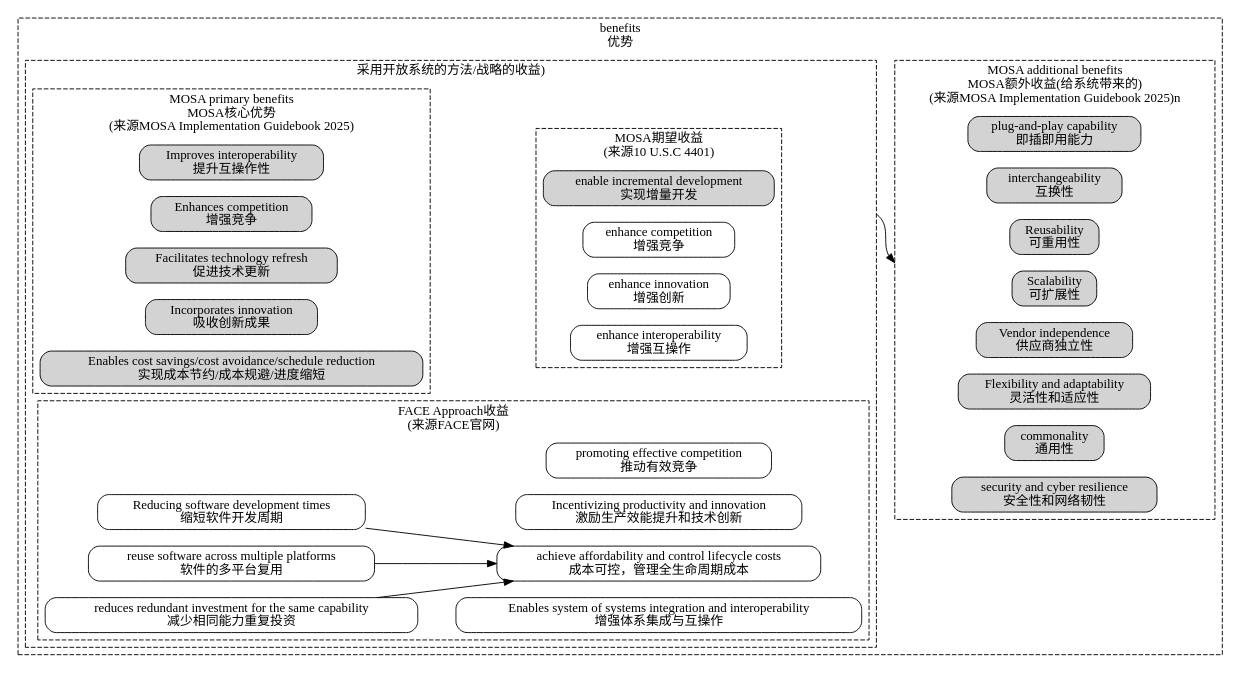
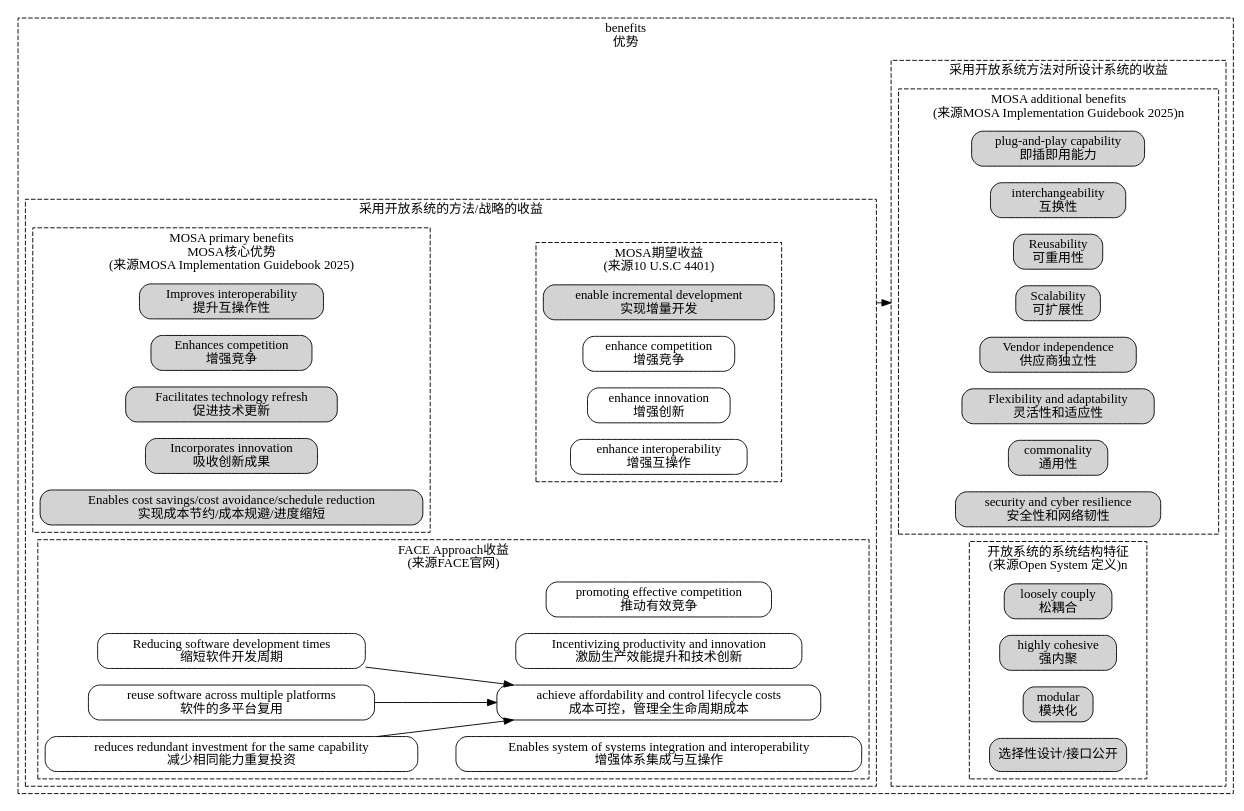
Before and after one commit to chaozhang2000/soa: the diagram in parts/soa_feature_benifits.dot, drawn with Graphviz. The commit also changed 2 other files, not shown here.

```diff
--- a/parts/soa_feature_benifits.dot
+++ b/parts/soa_feature_benifits.dot
@@ -1,60 +1,71 @@
 digraph G {
   graph [rankdir=LR,compound=true];
   node [shape=box, style="rounded,filled"];
 subgraph cluster_MOSA_benefits{
 	label="benefits\n优势"
 	style = dashed;
 subgraph cluster_MOSA_benefits1{
-	label="采用开放系统的方法/战略的收益)"
+	label="采用开放系统的方法/战略的收益"
 	style = dashed;
 	
 	subgraph cluster_MOSA_primary_benefits{
 	label="MOSA primary benefits\nMOSA核心优势\n(来源MOSA Implementation Guidebook 2025)"
 	style = dashed;
 	MOSA_Benefit1[label="Improves interoperability\n提升互操作性"]
 	MOSA_Benefit2[label="Enhances competition\n增强竞争"]
 	MOSA_Benefit3[label="Facilitates technology refresh\n促进技术更新"]
 	MOSA_Benefit4[label="Incorporates innovation\n吸收创新成果"]
 	MOSA_Benefit5[label="Enables cost savings/cost avoidance/schedule reduction\n实现成本节约/成本规避/进度缩短"]
 	}
 subgraph cluster_MOSA_benefits2{
 	label="MOSA期望收益\n(来源10 U.S.C 4401)"
 	style = dashed;
 	MOSA_Benefit14[label="enable incremental development\n实现增量开发"]
 	MOSA_Benefit15[label="enhance competition\n增强竞争",color=black,fillcolor=white]
 	MOSA_Benefit16[label="enhance innovation\n增强创新",color=black,fillcolor=white]
 	MOSA_Benefit17[label="enhance interoperability\n增强互操作",color=black,fillcolor=white]
 }
 subgraph cluster_FACE_benefits2{
 	label="FACE Approach收益\n(来源FACE官网)"
 	style = dashed;
 	FACE_Benefit0[label="promoting effective competition\n推动有效竞争",color=black,fillcolor=white]
 	FACE_Benefit1[label="achieve affordability and control lifecycle costs\n成本可控，管理全生命周期成本",color=black,fillcolor=white]
 	FACE_Benefit2[label="Incentivizing productivity and innovation\n激励生产效能提升和技术创新",color=black,fillcolor=white]
 	FACE_Benefit3[label="Reducing software development times\n缩短软件开发周期",color=black,fillcolor=white]
 	FACE_Benefit4[label="reuse software across multiple platforms\n软件的多平台复用",color=black,fillcolor=white]
 	FACE_Benefit5[label="reduces redundant investment for the same capability\n减少相同能力重复投资",color=black,fillcolor=white]
 	FACE_Benefit6[label="Enables system of systems integration and interoperability\n增强体系集成与互操作",color=black,fillcolor=white]
 	{rank=same;FACE_Benefit1;FACE_Benefit2;FACE_Benefit6;FACE_Benefit0}
 	FACE_Benefit3->FACE_Benefit1
 	FACE_Benefit4->FACE_Benefit1
 	FACE_Benefit5->FACE_Benefit1
 }
 }
+subgraph cluster_MOSA_system_benefits{
+	style = dashed;
+	label = "采用开放系统方法对所设计系统的收益"
 	subgraph cluster_MOSA_additional_benefits{
-	label="MOSA additional benefits\nMOSA额外收益(给系统带来的)\n(来源MOSA Implementation Guidebook 2025)n"
+	label="MOSA additional benefits\n(来源MOSA Implementation Guidebook 2025)n"
 	style = dashed;
 	MOSA_Benefit6[label="plug-and-play capability\n即插即用能力"]
 	MOSA_Benefit7[label="interchangeability\n互换性"]
 	MOSA_Benefit8[label="Reusability\n可重用性"]
 	MOSA_Benefit9[label="Scalability\n可扩展性"]
 	MOSA_Benefit10[label="Vendor independence\n供应商独立性"]
 	MOSA_Benefit11[label="Flexibility and adaptability\n灵活性和适应性"]
 	MOSA_Benefit12[label="commonality\n通用性"]
 	MOSA_Benefit13[label="security and cyber resilience\n安全性和网络韧性"]
-	
+	}
+	subgraph cluster_MOSA_system_benefits1{
+	label="开放系统的系统结构特征\n(来源Open System 定义)n"
+	style = dashed;
+	OpenSystem_feature1[label="loosely couply\n松耦合"];
+	OpenSystem_feature2[label="highly cohesive\n强内聚"];
+	OpenSystem_feature3[label="modular\n模块化"];
+	OpenSystem_feature4[label="选择性设计/接口公开"];
 	}
 }
-MOSA_Benefit14->MOSA_Benefit9[lhead = "cluster_MOSA_additional_benefits",ltail = "cluster_MOSA_benefits1"]
+}
+MOSA_Benefit14->MOSA_Benefit9[lhead = "cluster_MOSA_system_benefits",ltail = "cluster_MOSA_benefits1"]
 MOSA_Benefit1->MOSA_Benefit14[style=invis]
 }
```
